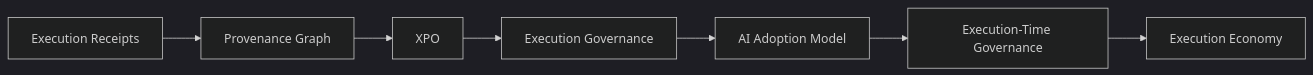
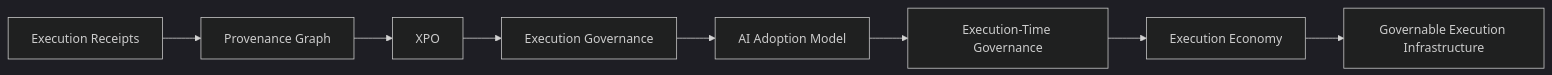
Before and after one commit to caralislabs/TextFind: the first of 2 diagrams in textfind-rfcs/README.md, drawn with Mermaid (dark theme). The commit also changed other lines of this file and 1 other file, not shown here.

Commit message:
extend RFC series with TF-RFC-0008 Governable Execution Infrastructure

````diff
--- a/textfind-rfcs/README.md
+++ b/textfind-rfcs/README.md
@@ -79,9 +83,10 @@
 ```mermaid
 flowchart LR
     A[Execution Receipts] --> B[Provenance Graph]
     B --> C[XPO]
     C --> D[Execution Governance]
     D --> E[AI Adoption Model]
     E --> F[Execution-Time Governance]
     F --> G[Execution Economy]
+    G --> H[Governable Execution Infrastructure]
 ```
````
